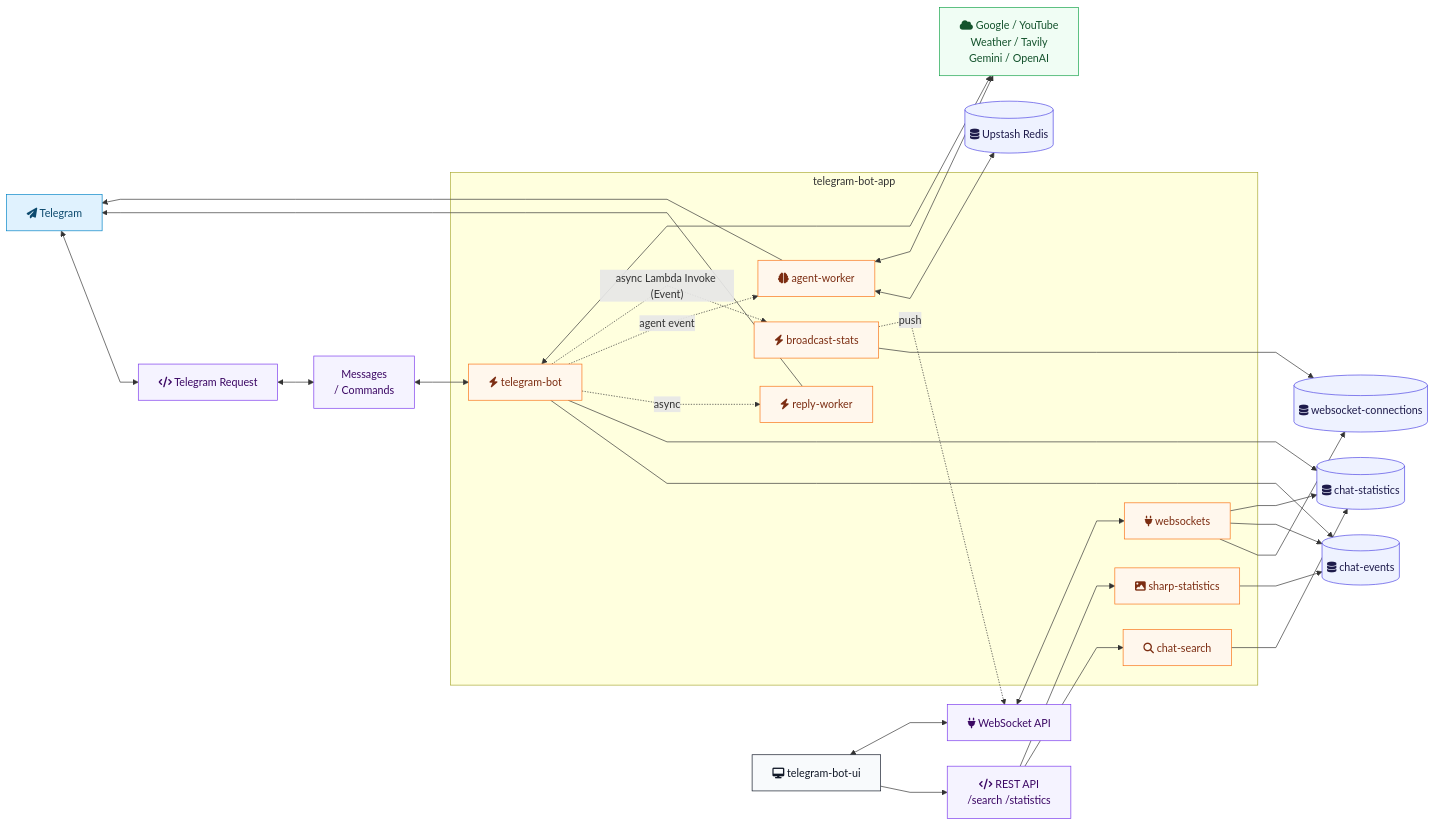
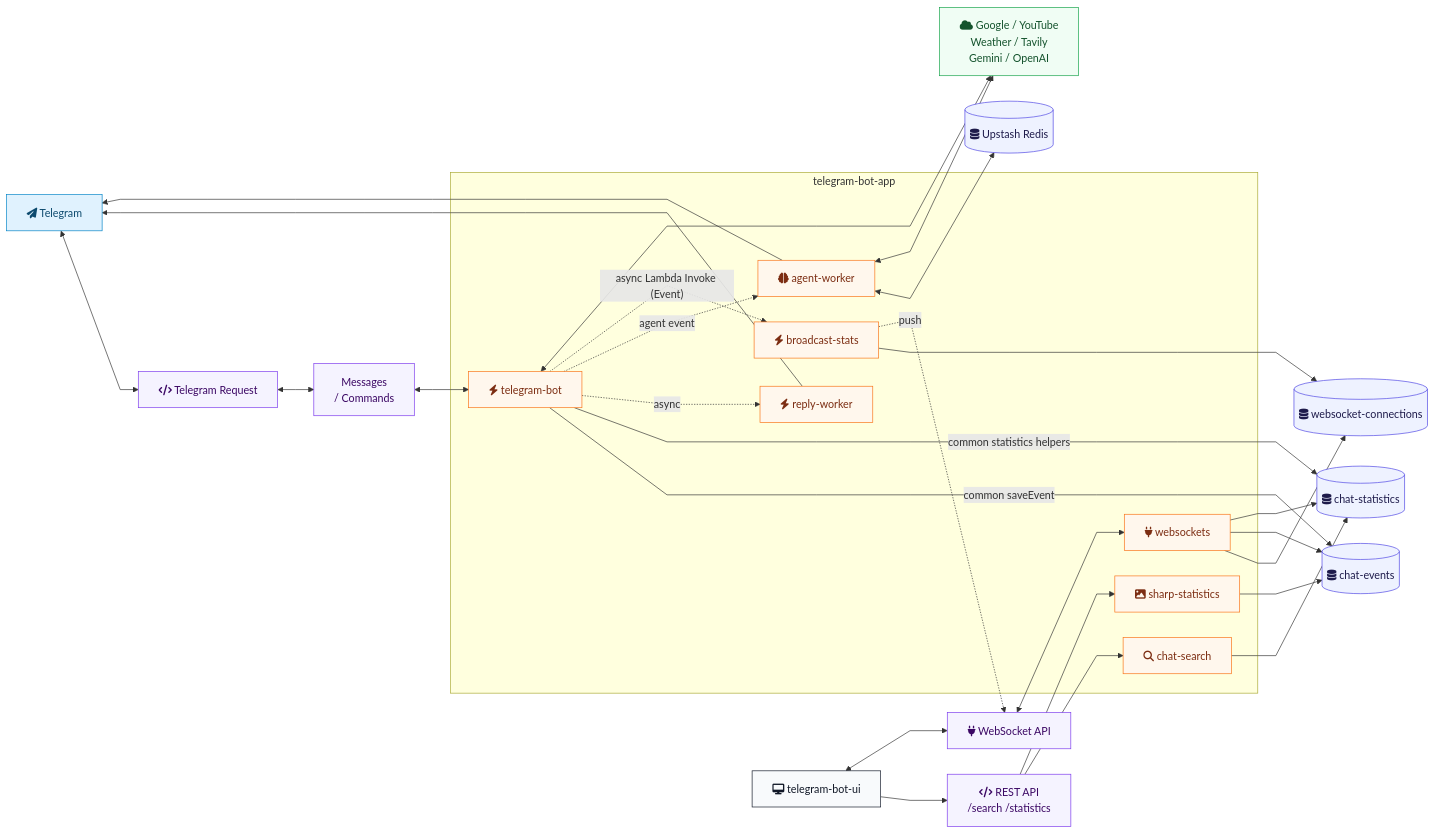
One commit to EugeneDraitsev/telegram-bot-app changed the diagram in README.md. Above: the diagram before and after it, drawn with Mermaid. The commit also changed 2 other files, not shown here.

Commit message:
Address websocket stats review comments

````diff
--- a/README.md
+++ b/README.md
@@ -14,59 +14,59 @@
 ```mermaid
 %%{init: {"flowchart": {"curve": "linear", "nodeSpacing": 38, "rankSpacing": 54}} }%%
 flowchart LR
   tg["fa:fa-paper-plane Telegram"]:::telegram
   req["fa:fa-code Telegram Request"]:::gateway
   msg["Messages<br/>/ Commands"]:::gateway
 
   subgraph app["telegram-bot-app"]
     bot["fa:fa-bolt telegram-bot"]:::lambda
     reply["fa:fa-bolt reply-worker"]:::lambda
     agent["fa:fa-brain agent-worker"]:::lambda
     search["fa:fa-search chat-search"]:::lambda
     image["fa:fa-image sharp-statistics"]:::lambda
     broadcast["fa:fa-bolt broadcast-stats"]:::lambda
     ws["fa:fa-plug websockets"]:::lambda
   end
 
   apis["fa:fa-cloud Google / YouTube<br/>Weather / Tavily<br/>Gemini / OpenAI"]:::external
 
   events[("fa:fa-database chat-events")]:::data
   stats[("fa:fa-database chat-statistics")]:::data
   conns[("fa:fa-database websocket-connections")]:::data
   redis[("fa:fa-database Upstash Redis")]:::data
 
   ui["fa:fa-desktop telegram-bot-ui"]:::ui
   http["fa:fa-code REST API<br/>/search /statistics"]:::gateway
   wss["fa:fa-plug WebSocket API"]:::gateway
 
   tg <--> req <--> msg <--> bot
-  bot --> events
-  bot --> stats
+  bot -->|"common saveEvent"| events
+  bot -->|"common statistics helpers"| stats
   bot -. "async" .-> reply
   bot -. "agent event" .-> agent
   bot -. "async Lambda Invoke (Event)" .-> broadcast
 
   reply --> tg
   agent --> tg
   agent <--> redis
   agent <--> apis
   bot <--> apis
 
   ui --> http
   http --> search --> stats
   http --> image --> events
 
   ui <--> wss <--> ws
   ws --> conns
   ws --> events
   ws --> stats
   broadcast --> conns
   broadcast -. "push" .-> wss
 
   classDef telegram fill:#e0f2fe,stroke:#0284c7,color:#0c4a6e
   classDef gateway fill:#f5f3ff,stroke:#7c3aed,color:#3b0764
   classDef lambda fill:#fff7ed,stroke:#f97316,color:#7c2d12
   classDef data fill:#eef2ff,stroke:#4f46e5,color:#1e1b4b
   classDef ui fill:#f8fafc,stroke:#111827,color:#111827
   classDef external fill:#f0fdf4,stroke:#16a34a,color:#14532d
 ```
````
